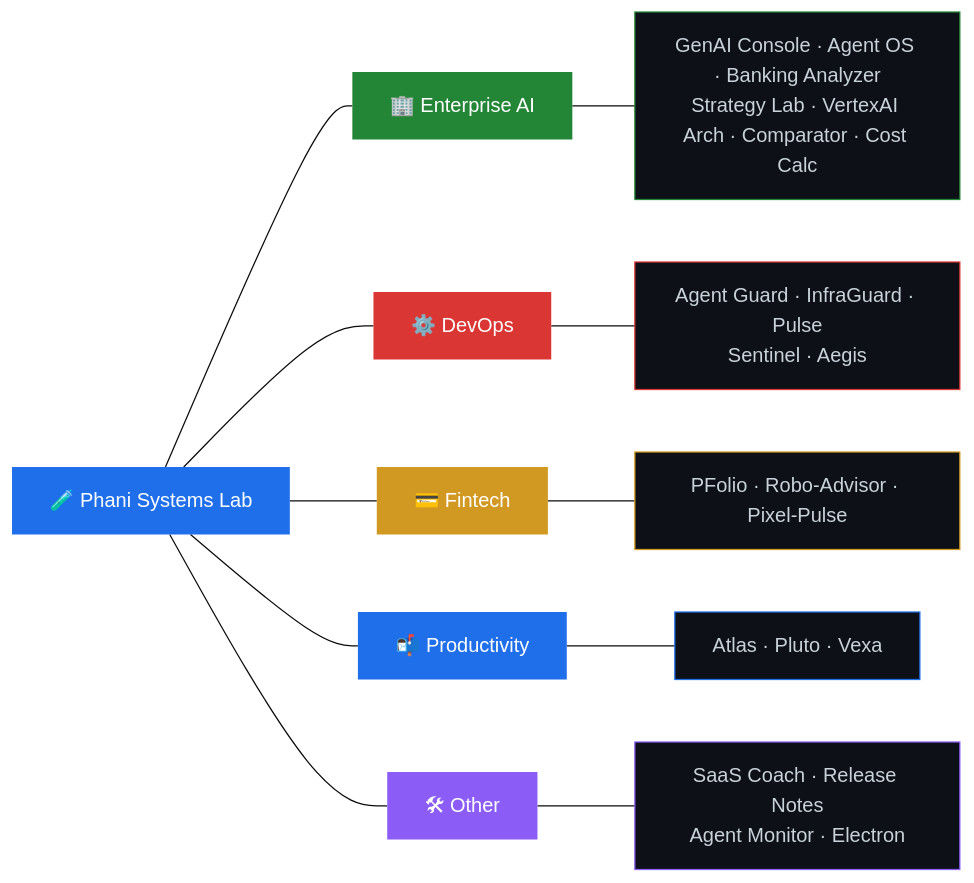
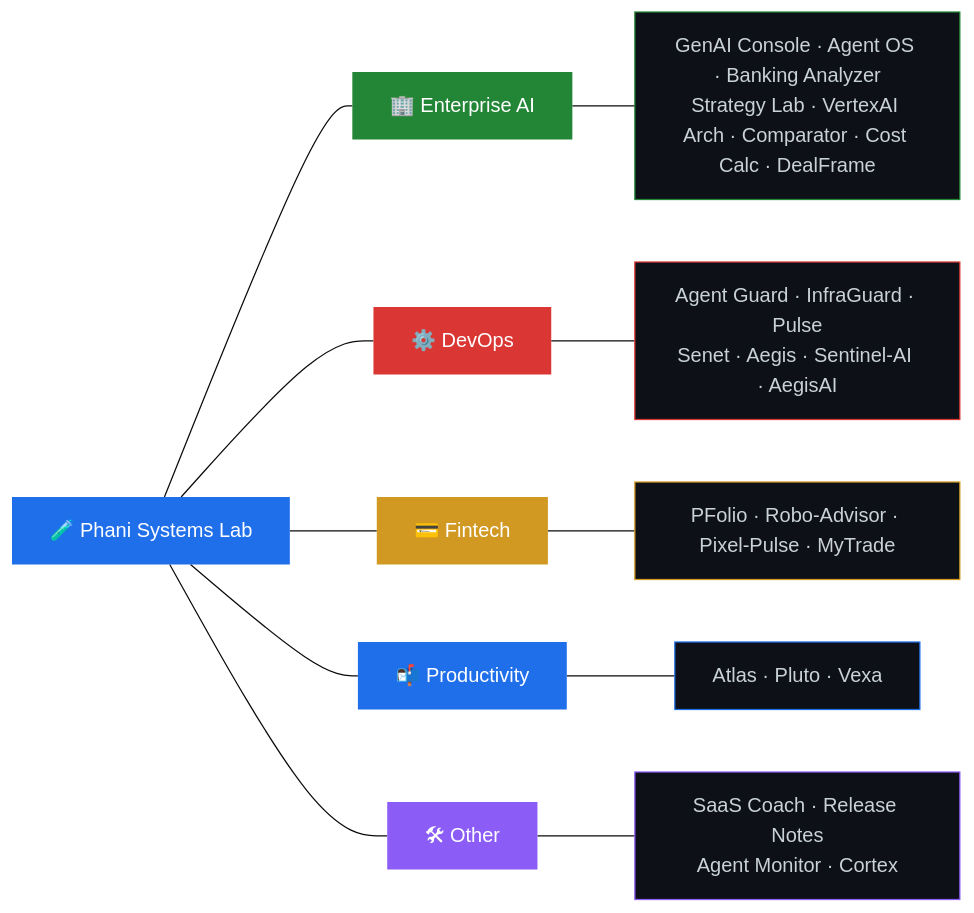
One commit to Phani3108/Phani3108 changed the diagram in README.md. Above: the diagram before and after it, drawn with Mermaid (base theme). The commit also changed other lines of this file, not shown here.

````diff
--- a/README.md
+++ b/README.md
@@ -70,26 +70,26 @@
 ```mermaid
 graph LR
     Lab["🧪 Phani Systems Lab"] --- E["🏢 Enterprise AI"]
     Lab --- D["⚙️ DevOps"]
     Lab --- F["💳 Fintech"]
     Lab --- P["📬 Productivity"]
     Lab --- X["🛠 Other"]
 
-    E --- E1["GenAI Console · Agent OS · Banking Analyzer\nStrategy Lab · VertexAI Arch · Comparator · Cost Calc"]
-    D --- D1["Agent Guard · InfraGuard · Pulse\nSentinel · Aegis"]
-    F --- F1["PFolio · Robo-Advisor · Pixel-Pulse"]
+    E --- E1["GenAI Console · Agent OS · Banking Analyzer\nStrategy Lab · VertexAI Arch · Comparator · Cost Calc · DealFrame"]
+    D --- D1["Agent Guard · InfraGuard · Pulse\nSenet · Aegis · Sentinel-AI · AegisAI"]
+    F --- F1["PFolio · Robo-Advisor · Pixel-Pulse · MyTrade"]
     P --- P1["Atlas · Pluto · Vexa"]
-    X --- X1["SaaS Coach · Release Notes\nAgent Monitor · Electron"]
+    X --- X1["SaaS Coach · Release Notes\nAgent Monitor · Cortex"]
 
     style Lab fill:#1f6feb,stroke:none,color:#fff
     style E fill:#238636,stroke:none,color:#fff
     style D fill:#da3633,stroke:none,color:#fff
     style F fill:#d29922,stroke:none,color:#fff
     style P fill:#1f6feb,stroke:none,color:#fff
     style X fill:#8b5cf6,stroke:none,color:#fff
     style E1 fill:#0d1117,stroke:#238636,color:#c9d1d9
     style D1 fill:#0d1117,stroke:#da3633,color:#c9d1d9
     style F1 fill:#0d1117,stroke:#d29922,color:#c9d1d9
     style P1 fill:#0d1117,stroke:#1f6feb,color:#c9d1d9
     style X1 fill:#0d1117,stroke:#8b5cf6,color:#c9d1d9
 ```
````
